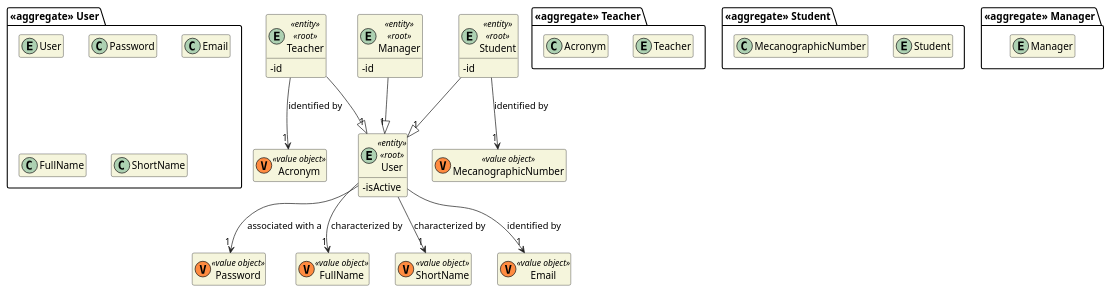
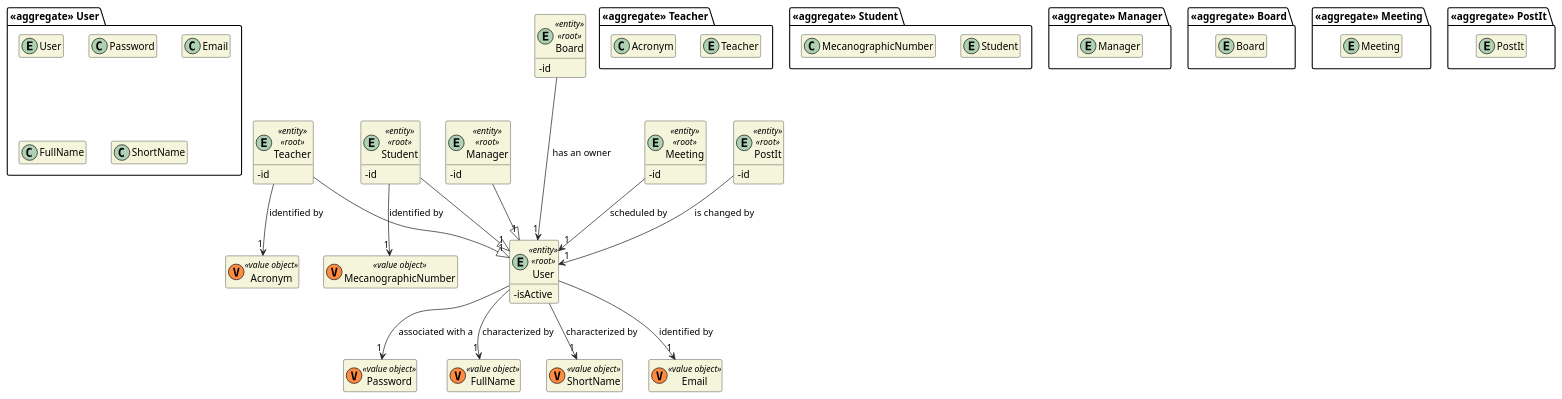
Before and after one commit to miseEnPlace-dev/lapr4: the diagram in docs/DM/DM_User.puml, drawn with PlantUML. The commit also changed 20 other files, not shown here.

```diff
--- a/docs/DM/DM_User.puml
+++ b/docs/DM/DM_User.puml
@@ -1,73 +1,103 @@
 @startuml DM-USER
 'https://plantuml.com/class-diagram
 
 skinparam classAttributeIconSize 0
 hide empty attributes
 hide empty methods
 skinparam classBackgroundColor beige
 skinparam ArrowColor #222222
 
 package "<<aggregate>> User" {
     entity User
     class Password
     class Email
     class FullName
     class ShortName
 }
 
 entity User <<entity>> <<root>> {
     - isActive
 }
 
 entity User
 
 class Password <<(V,#FF8B40) value object>> {}
 class FullName <<(V,#FF8B40) value object>> {}
 class ShortName <<(V,#FF8B40) value object>> {}
 class Email <<(V,#FF8B40) value object>> {}
 
 User --> "1" Password : associated with a
 User --> "1" FullName : characterized by
 User --> "1" ShortName : characterized by
 User --> "1" Email : identified by
 
 package "<<aggregate>> Teacher" {
     entity Teacher
     class Acronym
 }
 
 
 entity Teacher <<entity>> <<root>> {
   -id
 }
 
 package "<<aggregate>> Student" {
     entity Student
     class MecanographicNumber
 }
 
 
 entity Student <<entity>> <<root>> {
   -id
 }
 
 package "<<aggregate>> Manager" {
     entity Manager
 }
 
 entity Manager <<entity>> <<root>> {
   -id
 }
 
+package "<<aggregate>> Board" {
+    entity Board
+}
+
+entity Board <<entity>> <<root>> {
+  -id
+}
+
+package "<<aggregate>> Meeting" {
+    entity Meeting
+}
+
+entity Meeting <<entity>> <<root>> {
+  -id
+}
+
+package "<<aggregate>> PostIt" {
+    entity PostIt
+}
+
+entity PostIt <<entity>> <<root>> {
+  -id
+}
+
 class Acronym <<(V,#FF8B40) value object>> {}
 class MecanographicNumber <<(V,#FF8B40) value object>> {}
 
 Student --> "1" MecanographicNumber : identified by
 ' Sprint 1 clarifications - question 18: "I think it would be wise to enforce that acronyms be unique" -> identified by
 Teacher --> "1" Acronym : identified by
 
 Teacher --|> "1" User 
 Student --|> "1" User 
-Manager --|> "1" User 
+Manager --|> "1" User
+
+Board ---> "1" User : has an owner
+
+PostIt --> "1" User : is changed by
+
+Meeting --> "1" User : scheduled by
 
 @enduml
```
